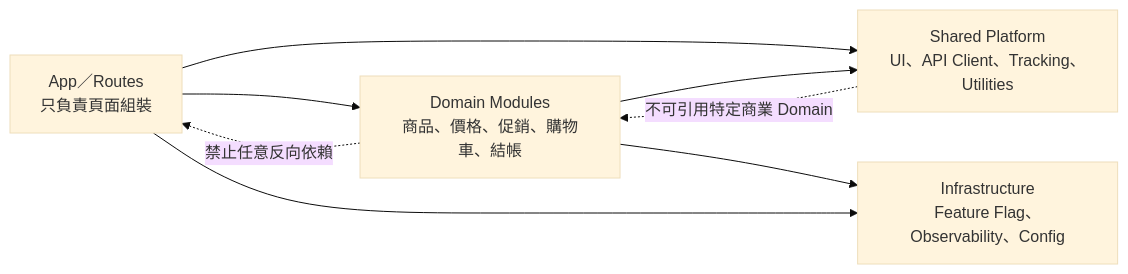
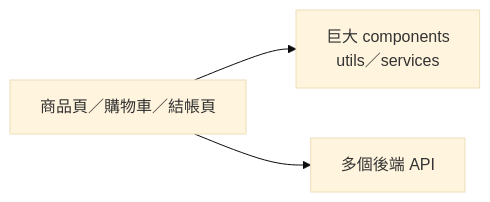
One commit to ShackArbeit/Momo_Interview changed the second of 11 diagrams in debat.md. Above: the diagram before and after it, drawn with Mermaid (base theme). The commit also changed other lines of this file, not shown here.

````diff
--- a/debat.md
+++ b/debat.md
@@ -205,16 +38,9 @@
 ```mermaid
 flowchart LR
-    App["App／Routes<br/>只負責頁面組裝"]
-    Domain["Domain Modules<br/>商品、價格、促銷、購物車、結帳"]
-    Shared["Shared Platform<br/>UI、API Client、Tracking、Utilities"]
-    Infra["Infrastructure<br/>Feature Flag、Observability、Config"]
+    Page["商品頁／購物車／結帳頁"]
+    Shared["巨大 components<br/>utils／services"]
+    APIs["多個後端 API"]
 
-    App --> Domain
-    App --> Shared
-    Domain --> Shared
-    Domain --> Infra
-    App --> Infra
-
-    Domain -. "禁止任意反向依賴" .-> App
-    Shared -. "不可引用特定商業 Domain" .-> Domain
+    Page --> Shared
+    Page --> APIs
 ```
````
